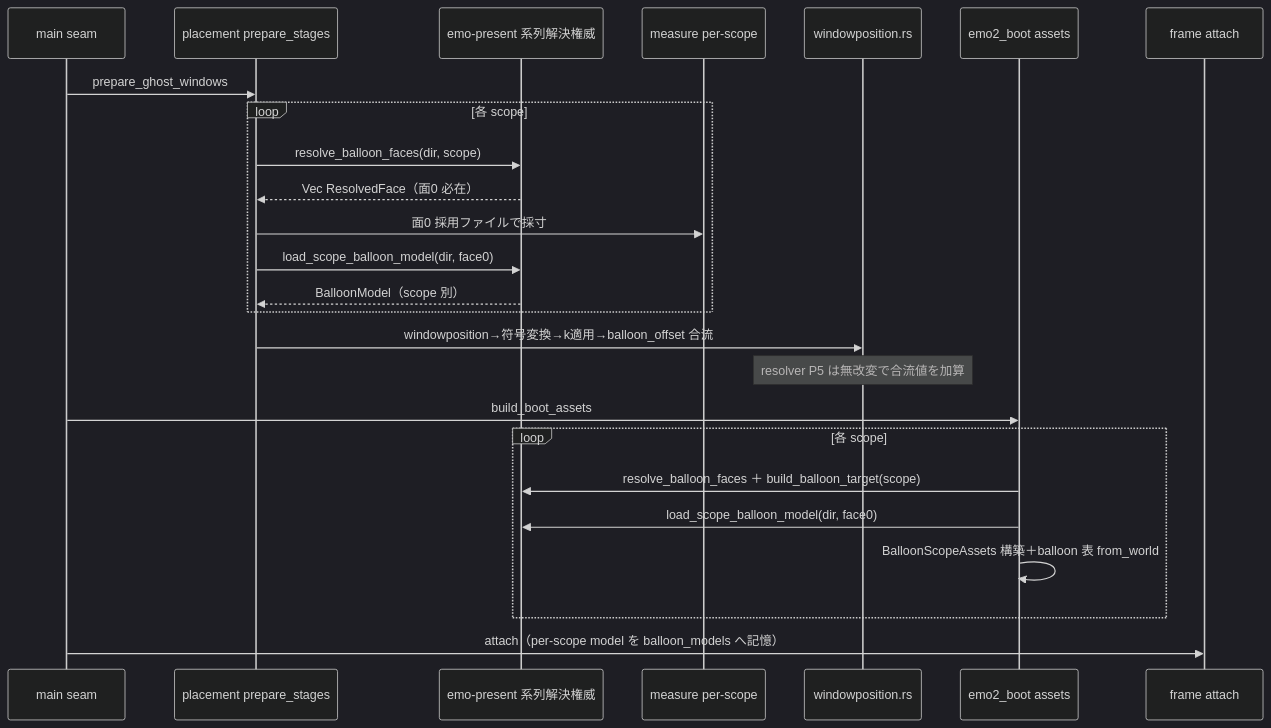
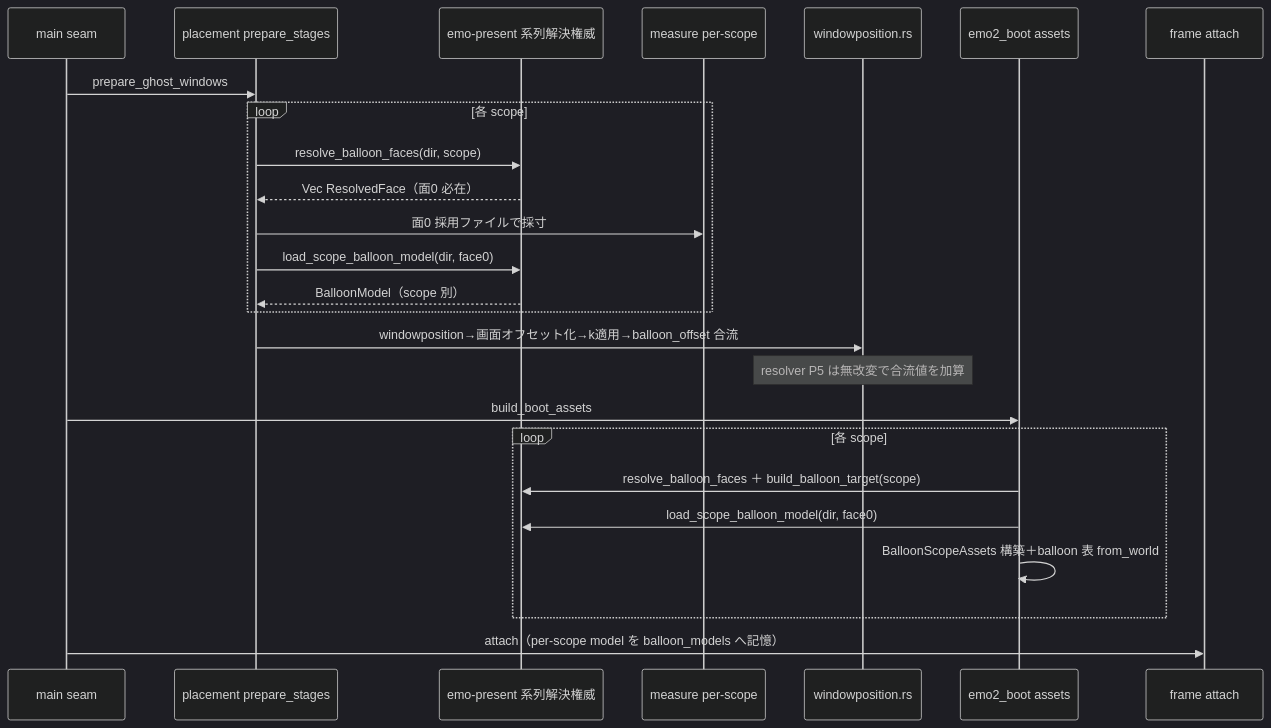
Before and after one commit to ekicyou/areka: the second of 3 diagrams in .kiro/specs/areka-P0-kero-balloon/design.md, drawn with Mermaid (dark theme). The commit also changed other lines of this file and 5 other files, not shown here.

First line of the commit message:
fix(areka-P0-kero-balloon): apply windowposition.x as a plain screen offset per SSP (task 6.1)

````diff
--- a/.kiro/specs/areka-P0-kero-balloon/design.md
+++ b/.kiro/specs/areka-P0-kero-balloon/design.md
@@ -196,27 +197,27 @@
 ```mermaid
 sequenceDiagram
     participant Main as main seam
     participant Prep as placement prepare_stages
     participant Auth as emo-present 系列解決権威
     participant Meas as measure per-scope
     participant WP as windowposition.rs
     participant Assets as emo2_boot assets
     participant Frame as frame attach
     Main->>Prep: prepare_ghost_windows
     loop 各 scope
         Prep->>Auth: resolve_balloon_faces(dir, scope)
         Auth-->>Prep: Vec ResolvedFace（面0 必在）
         Prep->>Meas: 面0 採用ファイルで採寸
         Prep->>Auth: load_scope_balloon_model(dir, face0)
         Auth-->>Prep: BalloonModel（scope 別）
     end
-    Prep->>WP: windowposition→符号変換→k適用→balloon_offset 合流
+    Prep->>WP: windowposition→画面オフセット化→k適用→balloon_offset 合流
     Note over WP: resolver P5 は無改変で合流値を加算
     Main->>Assets: build_boot_assets
     loop 各 scope
         Assets->>Auth: resolve_balloon_faces ＋ build_balloon_target(scope)
         Assets->>Auth: load_scope_balloon_model(dir, face0)
         Assets->>Assets: BalloonScopeAssets 構築＋balloon 表 from_world
     end
     Main->>Frame: attach（per-scope model を balloon_models へ記憶）
 ```
````
